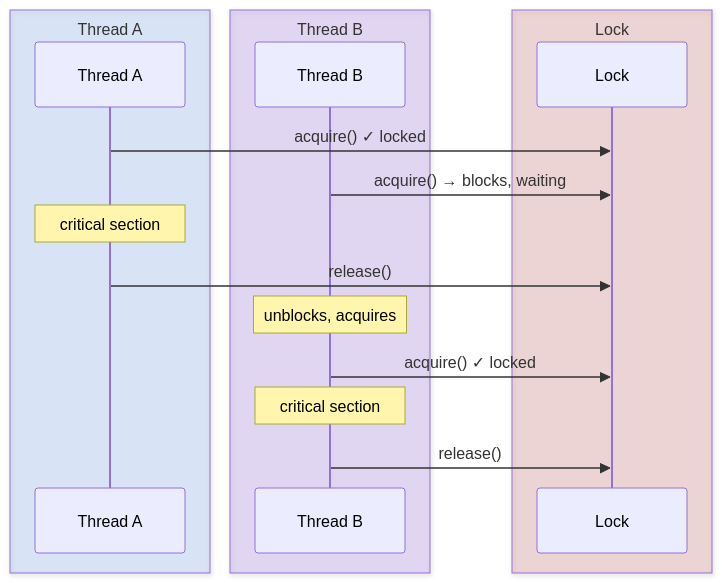
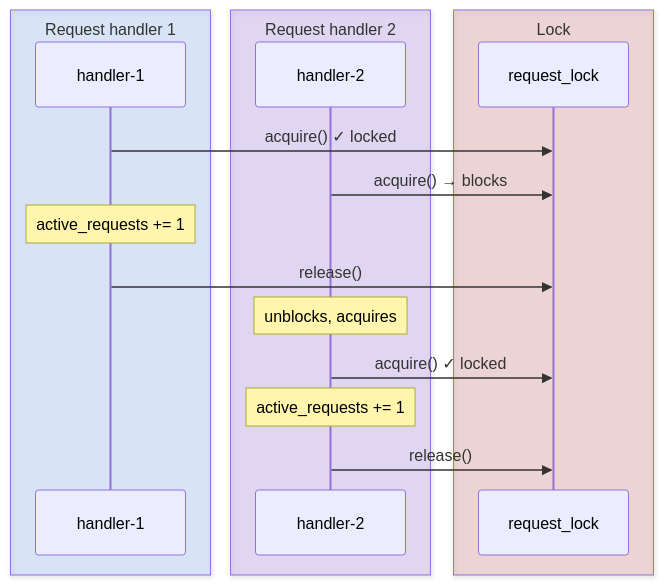
One commit to gaborbernat/bernat-tech changed the first of 18 diagrams in content/posts/blanket-deterministic-threading/index.md. Above: the diagram before and after it, drawn with Mermaid. The commit also changed other lines of this file, not shown here.

````diff
--- a/content/posts/blanket-deterministic-threading/index.md
+++ b/content/posts/blanket-deterministic-threading/index.md
@@ -99,21 +119,21 @@
 ```mermaid
 sequenceDiagram
-    box rgba(59,130,246,0.15) Thread A
-        participant A as Thread A
+    box rgba(59,130,246,0.15) Request handler 1
+        participant H1 as handler-1
     end
-    box rgba(109,40,217,0.15) Thread B
-        participant B as Thread B
+    box rgba(109,40,217,0.15) Request handler 2
+        participant H2 as handler-2
     end
     box rgba(185,28,28,0.15) Lock
-        participant L as Lock
+        participant L as request_lock
     end
 
-    A->>L: acquire() ✓ locked
-    B->>L: acquire() → blocks, waiting
-    Note over A: critical section
-    A->>L: release()
-    Note over B: unblocks, acquires
-    B->>L: acquire() ✓ locked
-    Note over B: critical section
-    B->>L: release()
+    H1->>L: acquire() ✓ locked
+    H2->>L: acquire() → blocks
+    Note over H1: active_requests += 1
+    H1->>L: release()
+    Note over H2: unblocks, acquires
+    H2->>L: acquire() ✓ locked
+    Note over H2: active_requests += 1
+    H2->>L: release()
 ```
````
